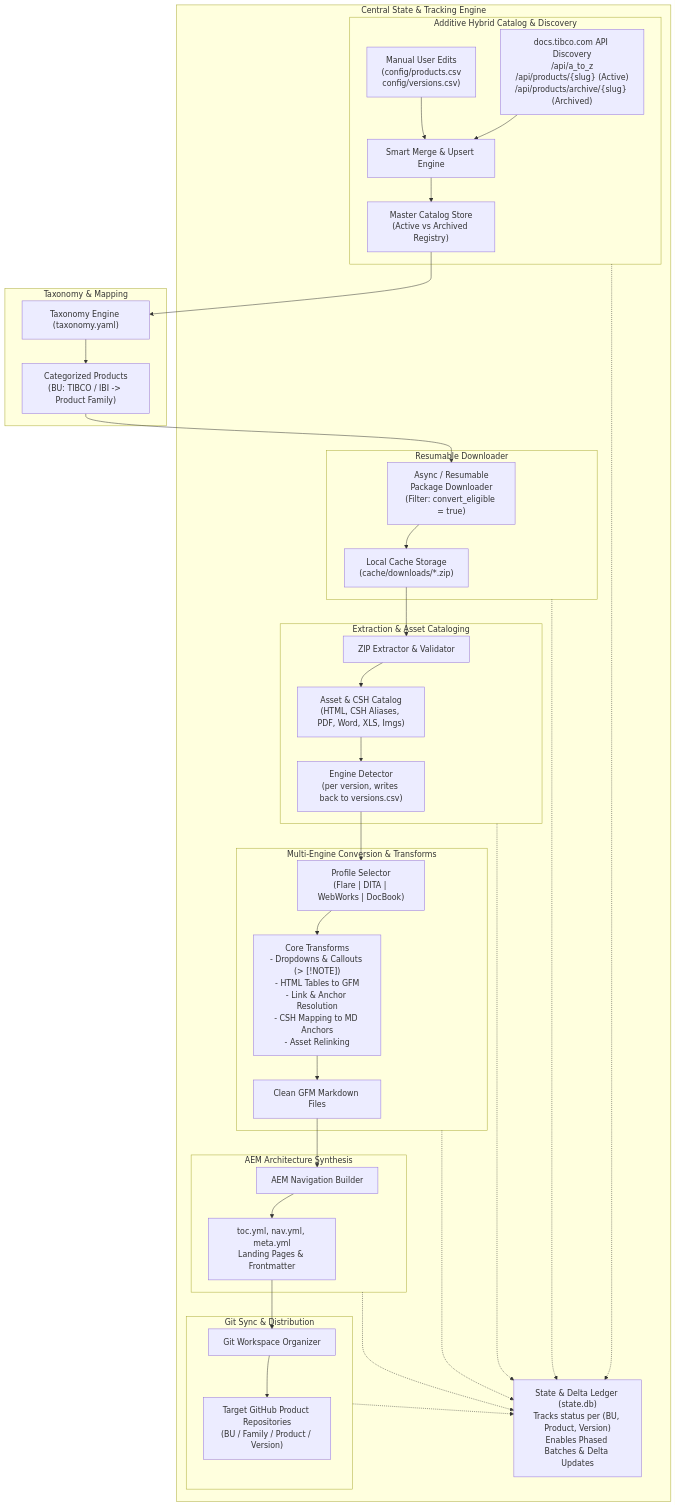
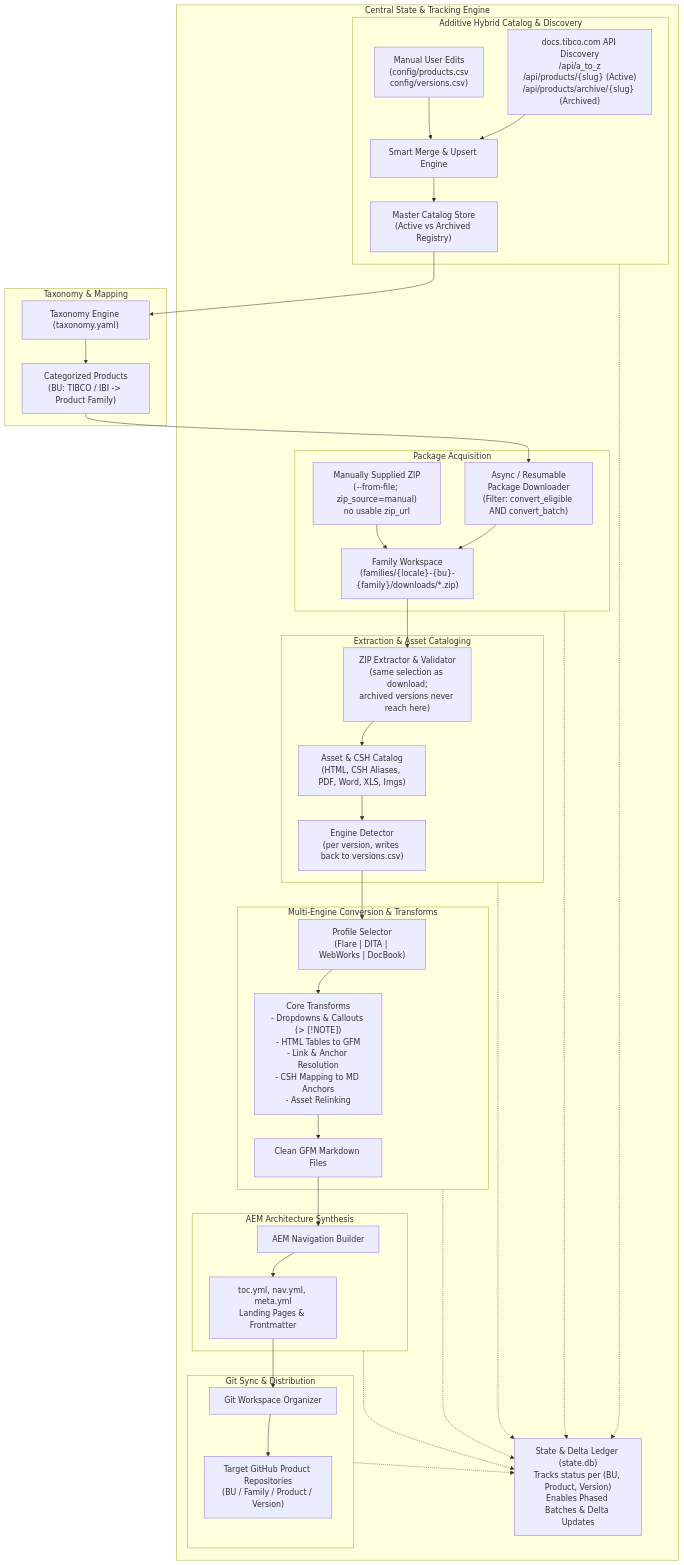
Before and after one commit to magrawal-tibco/docushift-tool: the diagram in docs/architecture.md, drawn with Mermaid. The commit also changed other lines of this file and 15 other files, not shown here.

````diff
--- a/docs/architecture.md
+++ b/docs/architecture.md
@@ -15,50 +15,51 @@
 ```mermaid
 flowchart TD
     subgraph Catalog["Additive Hybrid Catalog & Discovery"]
         D1["docs.tibco.com API Discovery\n/api/a_to_z\n/api/products/{slug} (Active)\n/api/products/archive/{slug} (Archived)"] --> M1["Smart Merge & Upsert Engine"]
         M2["Manual User Edits\n(config/products.csv\nconfig/versions.csv)"] --> M1
         M1 --> CAT["Master Catalog Store\n(Active vs Archived Registry)"]
     end
 
     subgraph Taxonomy["Taxonomy & Mapping"]
         CAT --> T1["Taxonomy Engine (taxonomy.yaml)"]
         T1 --> T2["Categorized Products\n(BU: TIBCO / IBI -> Product Family)"]
     end
 
-    subgraph Download["Resumable Downloader"]
-        T2 --> DW1["Async / Resumable\nPackage Downloader\n(Filter: convert_eligible = true)"]
-        DW1 --> DW2["Local Cache Storage\n(cache/downloads/*.zip)"]
+    subgraph Download["Package Acquisition"]
+        T2 --> DW1["Async / Resumable\nPackage Downloader\n(Filter: convert_eligible AND convert_batch)"]
+        DW1 --> DW2["Family Workspace\n(families/{locale}-{bu}-{family}/downloads/*.zip)"]
+        MZ["Manually Supplied ZIP\n(--from-file; zip_source=manual)\nno usable zip_url"] --> DW2
     end
 
     subgraph Extract["Extraction & Asset Cataloging"]
-        DW2 --> EX1["ZIP Extractor & Validator"]
+        DW2 --> EX1["ZIP Extractor & Validator\n(same selection as download;\narchived versions never reach here)"]
         EX1 --> EX2["Asset & CSH Catalog\n(HTML, CSH Aliases, PDF, Word, XLS, Imgs)"]
         EX2 --> EX3["Engine Detector\n(per version, writes back to versions.csv)"]
     end
 
     subgraph Convert["Multi-Engine Conversion & Transforms"]
         EX3 --> C1["Profile Selector\n(Flare | DITA | WebWorks | DocBook)"]
         C1 --> C2["Core Transforms\n- Dropdowns & Callouts (> [!NOTE])\n- HTML Tables to GFM\n- Link & Anchor Resolution\n- CSH Mapping to MD Anchors\n- Asset Relinking"]
         C2 --> C3["Clean GFM Markdown Files"]
     end
 
     subgraph AEM["AEM Architecture Synthesis"]
         C3 --> AEM1["AEM Navigation Builder"]
         AEM1 --> AEM2["toc.yml, nav.yml, meta.yml\nLanding Pages & Frontmatter"]
     end
 
     subgraph Sync["Git Sync & Distribution"]
         AEM2 --> G1["Git Workspace Organizer"]
         G1 --> G2["Target GitHub Product Repositories\n(BU / Family / Product / Version)"]
     end
 
     subgraph Central["Central State & Tracking Engine"]
         ST["State & Delta Ledger (state.db)\nTracks status per (BU, Product, Version)\nEnables Phased Batches & Delta Updates"]
         Catalog -.-> ST
         Download -.-> ST
         Extract -.-> ST
         Convert -.-> ST
         AEM -.-> ST
         Sync -.-> ST
     end
 ```
````
